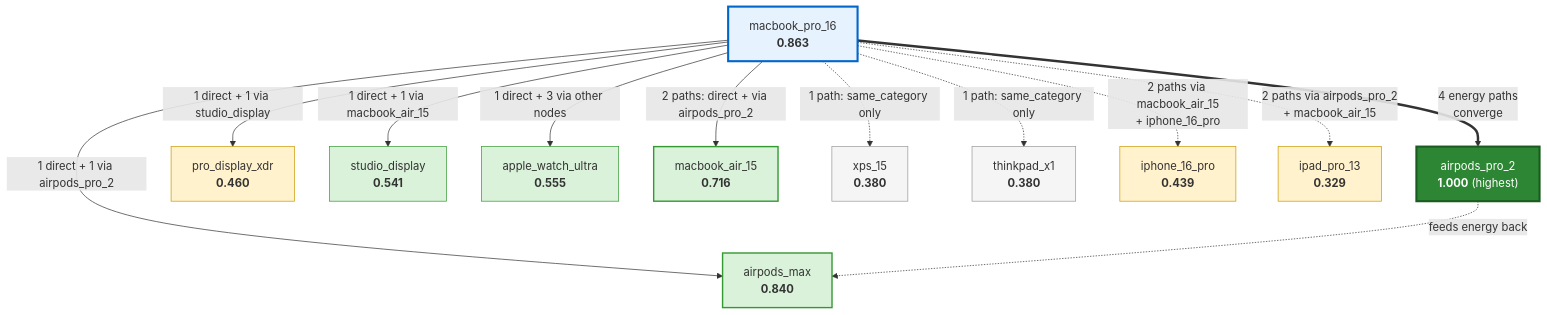
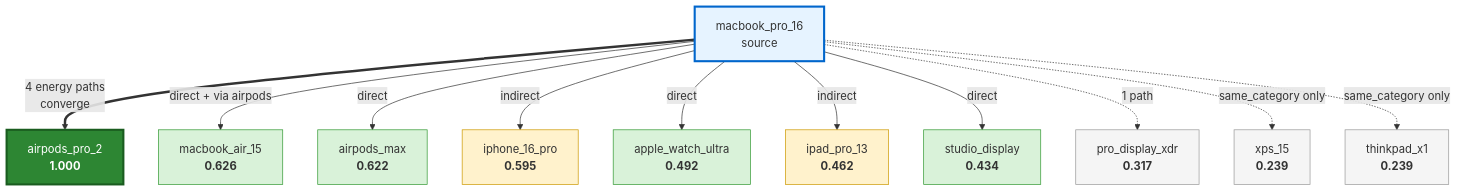
The second of 3 diagrams in examples/showcase/structured_search/README.md (antquinonez/Hyper3), drawn with Mermaid before and after one commit. The commit also changed other lines of this file and 1 other file, not shown here.

````diff
--- a/examples/showcase/structured_search/README.md
+++ b/examples/showcase/structured_search/README.md
@@ -297,29 +130,27 @@
 ```mermaid
 graph TD
-    SRC["macbook_pro_16<br/><b>0.863</b>"]
+    SRC["macbook_pro_16<br/>source"]
 
-    SRC ==>|"4 energy paths<br/>converge"| AP2["airpods_pro_2<br/><b>1.000</b> (highest)"]
-    SRC -->|"1 direct + 1 via airpods_pro_2"| AM["airpods_max<br/><b>0.840</b>"]
-    SRC -->|"1 direct + 1 via studio_display"| PDX["pro_display_xdr<br/><b>0.460</b>"]
-    SRC -->|"1 direct + 1 via macbook_air_15"| SD["studio_display<br/><b>0.541</b>"]
-    SRC -->|"1 direct + 3 via other nodes"| AW["apple_watch_ultra<br/><b>0.555</b>"]
-    SRC -->|"2 paths: direct + via airpods_pro_2"| MA["macbook_air_15<br/><b>0.716</b>"]
-    SRC -.->|"1 path: same_category only"| XPS["xps_15<br/><b>0.380</b>"]
-    SRC -.->|"1 path: same_category only"| TP["thinkpad_x1<br/><b>0.380</b>"]
-    SRC -.->|"2 paths via macbook_air_15<br/>+ iphone_16_pro"| IPH["iphone_16_pro<br/><b>0.439</b>"]
-    SRC -.->|"2 paths via airpods_pro_2<br/>+ macbook_air_15"| IPAD["ipad_pro_13<br/><b>0.329</b>"]
-
-    AP2 -.->|"feeds energy back"| AM
+    SRC ==>|"4 energy paths<br/>converge"| AP2["airpods_pro_2<br/><b>1.000</b>"]
+    SRC -->|"direct + via airpods"| MA["macbook_air_15<br/><b>0.626</b>"]
+    SRC -->|"direct"| AM["airpods_max<br/><b>0.622</b>"]
+    SRC -->|"indirect"| IPH["iphone_16_pro<br/><b>0.595</b>"]
+    SRC -->|"direct"| AW["apple_watch_ultra<br/><b>0.492</b>"]
+    SRC -->|"indirect"| IPAD["ipad_pro_13<br/><b>0.462</b>"]
+    SRC -->|"direct"| SD["studio_display<br/><b>0.434</b>"]
+    SRC -.->|"1 path"| PDX["pro_display_xdr<br/><b>0.317</b>"]
+    SRC -.->|"same_category only"| XPS["xps_15<br/><b>0.239</b>"]
+    SRC -.->|"same_category only"| TP["thinkpad_x1<br/><b>0.239</b>"]
 
     style SRC fill:#e6f3ff,stroke:#0066cc,stroke-width:3px
     style AP2 fill:#2d8633,stroke:#1a5c1f,stroke-width:3px,color:#fff
-    style AM fill:#d9f2d9,stroke:#339933,stroke-width:2px
+    style MA fill:#d9f2d9,stroke:#339933
+    style AM fill:#d9f2d9,stroke:#339933
+    style IPH fill:#fff2cc,stroke:#cc9900
+    style AW fill:#d9f2d9,stroke:#339933
+    style IPAD fill:#fff2cc,stroke:#cc9900
     style SD fill:#d9f2d9,stroke:#339933
-    style AW fill:#d9f2d9,stroke:#339933
-    style MA fill:#d9f2d9,stroke:#339933,stroke-width:2px
-    style PDX fill:#fff2cc,stroke:#cc9900
-    style IPH fill:#fff2cc,stroke:#cc9900
-    style IPAD fill:#fff2cc,stroke:#cc9900
+    style PDX fill:#f5f5f5,stroke:#999999
     style XPS fill:#f5f5f5,stroke:#999999
     style TP fill:#f5f5f5,stroke:#999999
 ```
````
